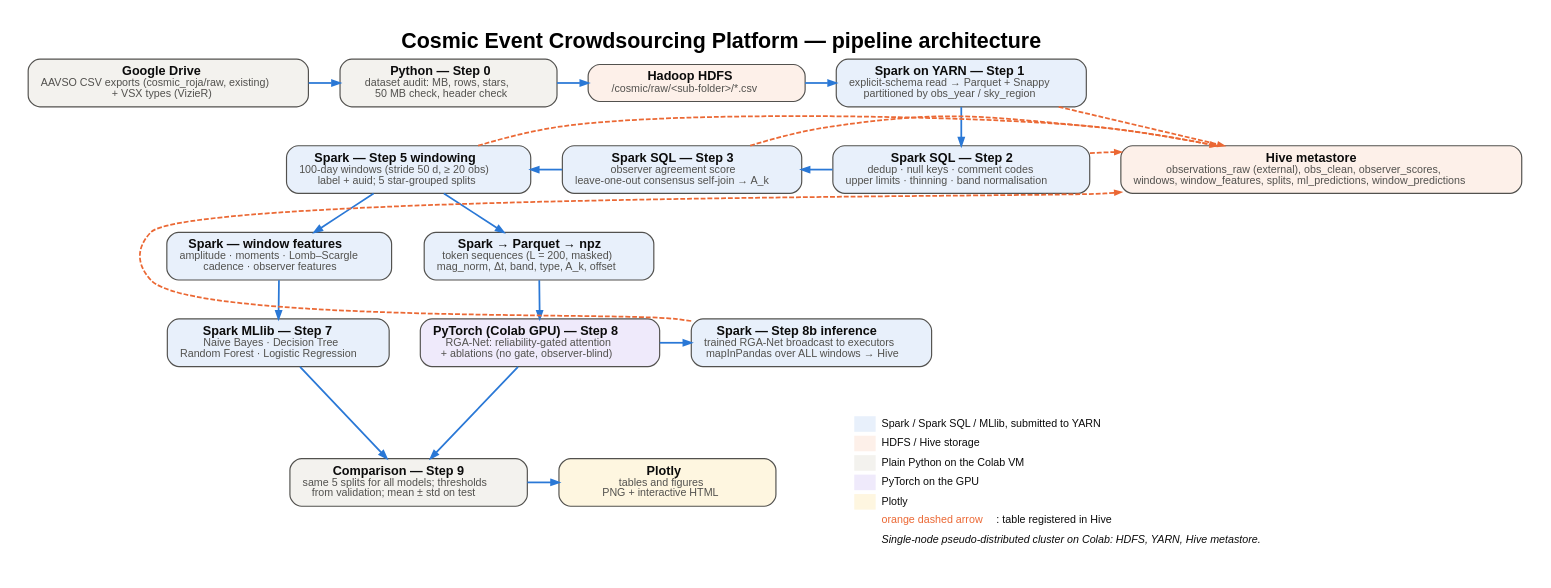
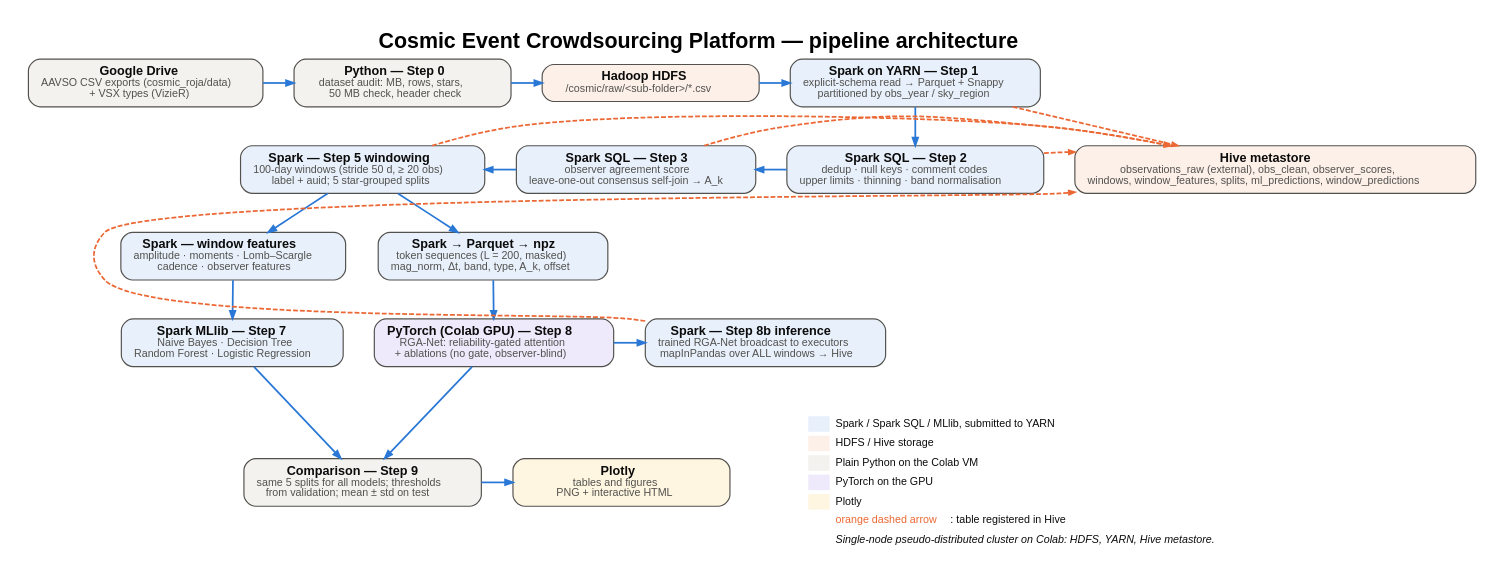
Before and after one commit to lowkey2556/cosmic-events: the diagram in docs/figures/architecture.dot, drawn with Graphviz. The commit also changed 17 other files, not shown here.

```diff
--- a/docs/figures/architecture.dot
+++ b/docs/figures/architecture.dot
@@ -1,49 +1,49 @@
 digraph cosmic {
   graph [rankdir=TB, newrank=true, nodesep=0.45, ranksep=0.55, bgcolor="white", pad=0.3, fontname="Helvetica",
          labelloc=t, fontsize=22, label=<<b>Cosmic Event Crowdsourcing Platform — pipeline architecture</b>>];
   node  [shape=box, style="rounded,filled", color="#52514e", penwidth=1.2, fontname="Helvetica",
          fontsize=11, fontcolor="#0b0b0b", margin="0.18,0.10", width=3.1];
   edge  [color="#2a78d6", penwidth=1.8, arrowsize=0.8];
-  drive [fillcolor="#f3f2ee", label=<<b><font point-size="13">Google Drive</font></b><br/><font color="#52514e">AAVSO CSV exports (cosmic_roja/raw, existing)<br/>+ VSX types (VizieR)</font>>];
+  drive [fillcolor="#f3f2ee", label=<<b><font point-size="13">Google Drive</font></b><br/><font color="#52514e">AAVSO CSV exports (cosmic_roja/data)<br/>+ VSX types (VizieR)</font>>];
   audit [fillcolor="#f3f2ee", label=<<b><font point-size="13">Python — Step 0</font></b><br/><font color="#52514e">dataset audit: MB, rows, stars,<br/>50 MB check, header check</font>>];
   hdfs [fillcolor="#fdf0e9", label=<<b><font point-size="13">Hadoop HDFS</font></b><br/><font color="#52514e">/cosmic/raw/&lt;sub-folder&gt;/*.csv</font>>];
   ingest [fillcolor="#e8f0fb", label=<<b><font point-size="13">Spark on YARN — Step 1</font></b><br/><font color="#52514e">explicit-schema read → Parquet + Snappy<br/>partitioned by obs_year / sky_region</font>>];
   prep [fillcolor="#e8f0fb", label=<<b><font point-size="13">Spark SQL — Step 2</font></b><br/><font color="#52514e">dedup · null keys · comment codes<br/>upper limits · thinning · band normalisation</font>>];
   score [fillcolor="#e8f0fb", label=<<b><font point-size="13">Spark SQL — Step 3</font></b><br/><font color="#52514e">observer agreement score<br/>leave-one-out consensus self-join → A_k</font>>];
   win [fillcolor="#e8f0fb", label=<<b><font point-size="13">Spark — Step 5 windowing</font></b><br/><font color="#52514e">100-day windows (stride 50 d, ≥ 20 obs)<br/>label + auid; 5 star-grouped splits</font>>];
   feat [fillcolor="#e8f0fb", label=<<b><font point-size="13">Spark — window features</font></b><br/><font color="#52514e">amplitude · moments · Lomb–Scargle<br/>cadence · observer features</font>>];
   seq [fillcolor="#e8f0fb", label=<<b><font point-size="13">Spark → Parquet → npz</font></b><br/><font color="#52514e">token sequences (L = 200, masked)<br/>mag_norm, Δt, band, type, A_k, offset</font>>];
   mllib [fillcolor="#e8f0fb", label=<<b><font point-size="13">Spark MLlib — Step 7</font></b><br/><font color="#52514e">Naive Bayes · Decision Tree<br/>Random Forest · Logistic Regression</font>>];
   rga [fillcolor="#efeafb", label=<<b><font point-size="13">PyTorch (Colab GPU) — Step 8</font></b><br/><font color="#52514e">RGA-Net: reliability-gated attention<br/>+ ablations (no gate, observer-blind)</font>>];
   inf [fillcolor="#e8f0fb", label=<<b><font point-size="13">Spark — Step 8b inference</font></b><br/><font color="#52514e">trained RGA-Net broadcast to executors<br/>mapInPandas over ALL windows → Hive</font>>];
   cmp [fillcolor="#f3f2ee", label=<<b><font point-size="13">Comparison — Step 9</font></b><br/><font color="#52514e">same 5 splits for all models; thresholds<br/>from validation; mean ± std on test</font>>];
   fig [fillcolor="#fef6e0", label=<<b><font point-size="13">Plotly</font></b><br/><font color="#52514e">tables and figures<br/>PNG + interactive HTML</font>>];
   hive [fillcolor="#fdf0e9", label=<<b><font point-size="13">Hive metastore</font></b><br/><font color="#52514e">observations_raw (external), obs_clean, observer_scores,<br/>windows, window_features, splits, ml_predictions, window_predictions</font>>];
   { rank=same; drive; audit; hdfs; ingest; }
   { rank=same; win; score; prep; hive; }
   { rank=same; feat; seq; }
   { rank=same; mllib; rga; inf; }
   { rank=same; cmp; fig; legend; }
   drive -> audit;
   audit -> hdfs;
   hdfs -> ingest;
   ingest -> prep;
   score -> prep [dir=back];
   win -> score [dir=back];
   win -> feat;
   win -> seq;
   feat -> mllib;
   seq -> rga;
   mllib -> cmp;
   rga -> cmp;
   rga -> inf;
   cmp -> fig;
   prep -> hive [style=invis];
   ingest -> hive [style=dashed, color="#eb6834", arrowsize=0.6, constraint=false];
   prep -> hive [style=dashed, color="#eb6834", arrowsize=0.6, constraint=false];
   score -> hive [style=dashed, color="#eb6834", arrowsize=0.6, constraint=false];
   win -> hive [style=dashed, color="#eb6834", arrowsize=0.6, constraint=false];
   inf -> hive [style=dashed, color="#eb6834", arrowsize=0.6, constraint=false];
   legend [shape=plaintext, style="", fontsize=11, label=<<table border="0" cellspacing="4"><tr><td bgcolor="#e8f0fb" width="22"> </td><td align="left">Spark / Spark SQL / MLlib, submitted to YARN</td></tr><tr><td bgcolor="#fdf0e9" width="22"> </td><td align="left">HDFS / Hive storage</td></tr><tr><td bgcolor="#f3f2ee" width="22"> </td><td align="left">Plain Python on the Colab VM</td></tr><tr><td bgcolor="#efeafb" width="22"> </td><td align="left">PyTorch on the GPU</td></tr><tr><td bgcolor="#fef6e0" width="22"> </td><td align="left">Plotly</td></tr><tr><td></td><td align="left"><font color="#eb6834">orange dashed arrow</font>: table registered in Hive</td></tr><tr><td></td><td align="left"><i>Single-node pseudo-distributed cluster on Colab: HDFS, YARN, Hive metastore.</i></td></tr></table>>];
   fig -> legend [style=invis, minlen=2];
 }
```
